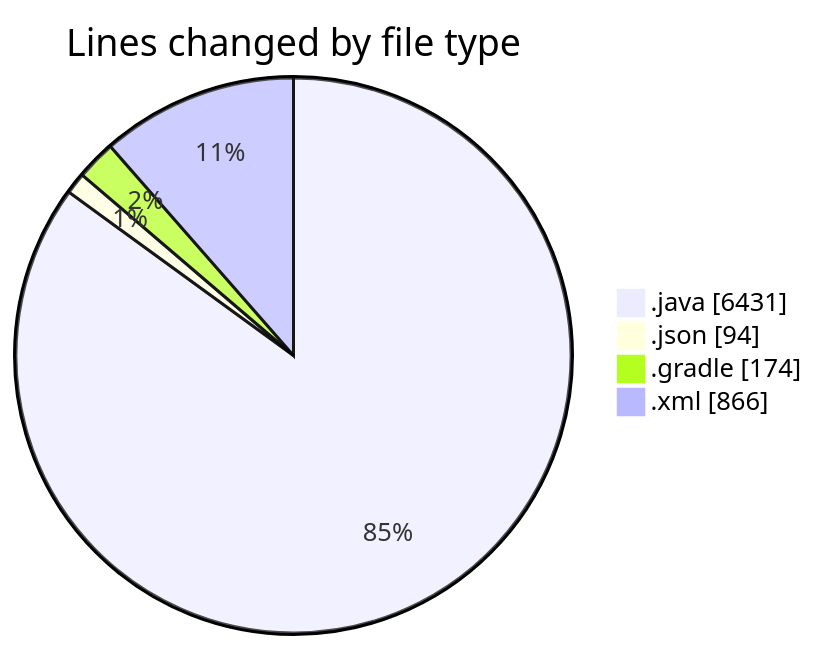
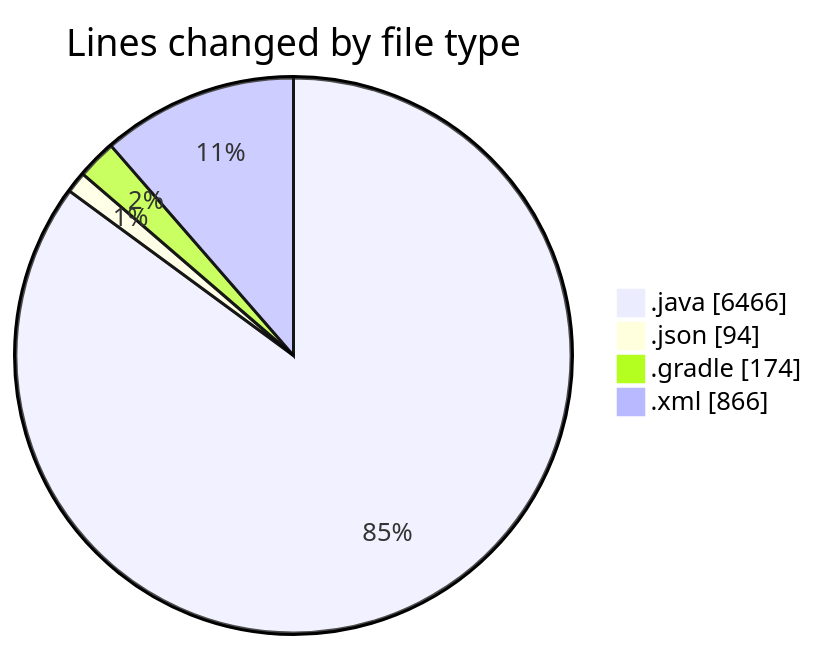
The first of 2 diagrams in 2025-02-22/micros/README.md (charlie-sans/code-tracking), drawn with Mermaid before and after one commit. The commit also changed other lines of this file and 1 other file, not shown here.

````diff
--- a/2025-02-22/micros/README.md
+++ b/2025-02-22/micros/README.md
@@ -63,8 +63,8 @@
 ```mermaid
 pie showData
 title Lines changed by file type
-".java" : 6431
+".java" : 6466
 ".json" : 94
 ".gradle" : 174
 ".xml" : 866
 ```
````
